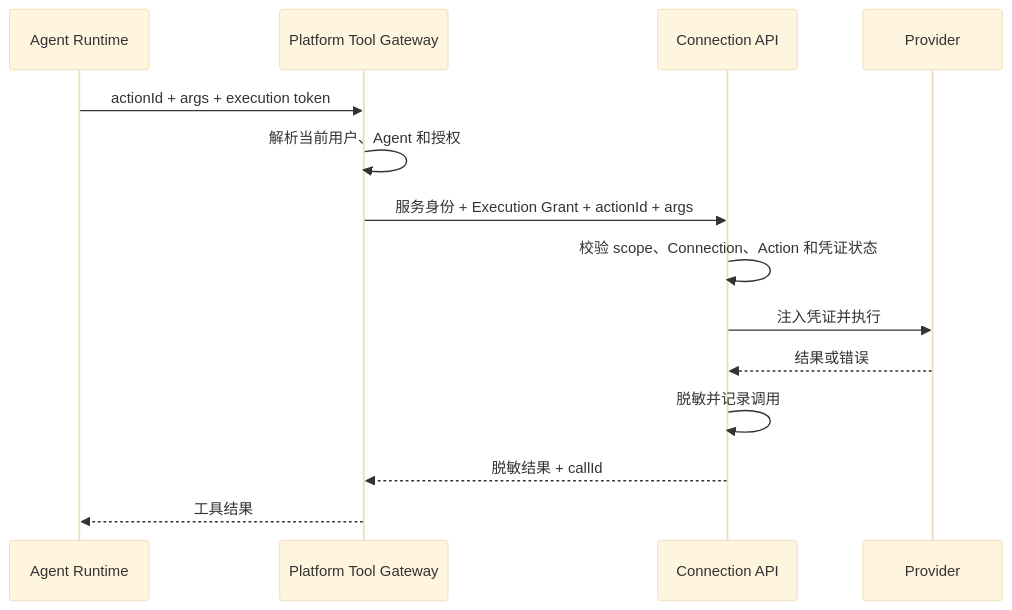
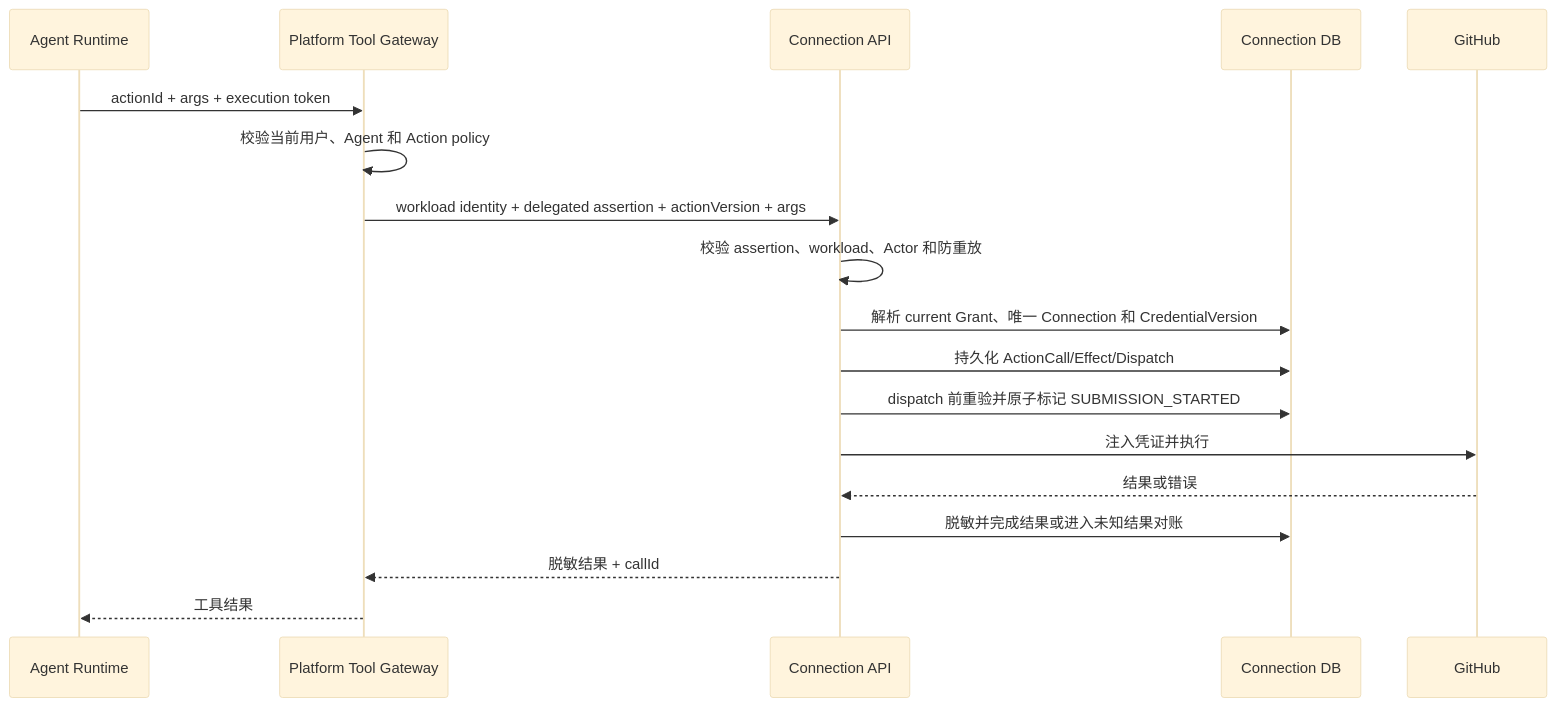
One commit to AgoraIO-Extensions/agent-infra changed the third of 3 diagrams in docs/architecture/SPEC-agent-infra-M1-engineering-architecture.md. Above: the diagram before and after it, drawn with Mermaid (base theme). The commit also changed other lines of this file and 7 other files, not shown here.

````diff
--- a/docs/architecture/SPEC-agent-infra-M1-engineering-architecture.md
+++ b/docs/architecture/SPEC-agent-infra-M1-engineering-architecture.md
@@ -536,17 +541,21 @@
 ```mermaid
 sequenceDiagram
     participant A as Agent Runtime
     participant P as Platform Tool Gateway
     participant C as Connection API
-    participant X as Provider
+    participant D as Connection DB
+    participant X as GitHub
 
     A->>P: actionId + args + execution token
-    P->>P: 解析当前用户、Agent 和授权
-    P->>C: 服务身份 + Execution Grant + actionId + args
-    C->>C: 校验 scope、Connection、Action 和凭证状态
+    P->>P: 校验当前用户、Agent 和 Action policy
+    P->>C: workload identity + delegated assertion + actionVersion + args
+    C->>C: 校验 assertion、workload、Actor 和防重放
+    C->>D: 解析 current Grant、唯一 Connection 和 CredentialVersion
+    C->>D: 持久化 ActionCall/Effect/Dispatch
+    C->>D: dispatch 前重验并原子标记 SUBMISSION_STARTED
     C->>X: 注入凭证并执行
     X-->>C: 结果或错误
-    C->>C: 脱敏并记录调用
+    C->>D: 脱敏并完成结果或进入未知结果对账
     C-->>P: 脱敏结果 + callId
     P-->>A: 工具结果
 ```
````
